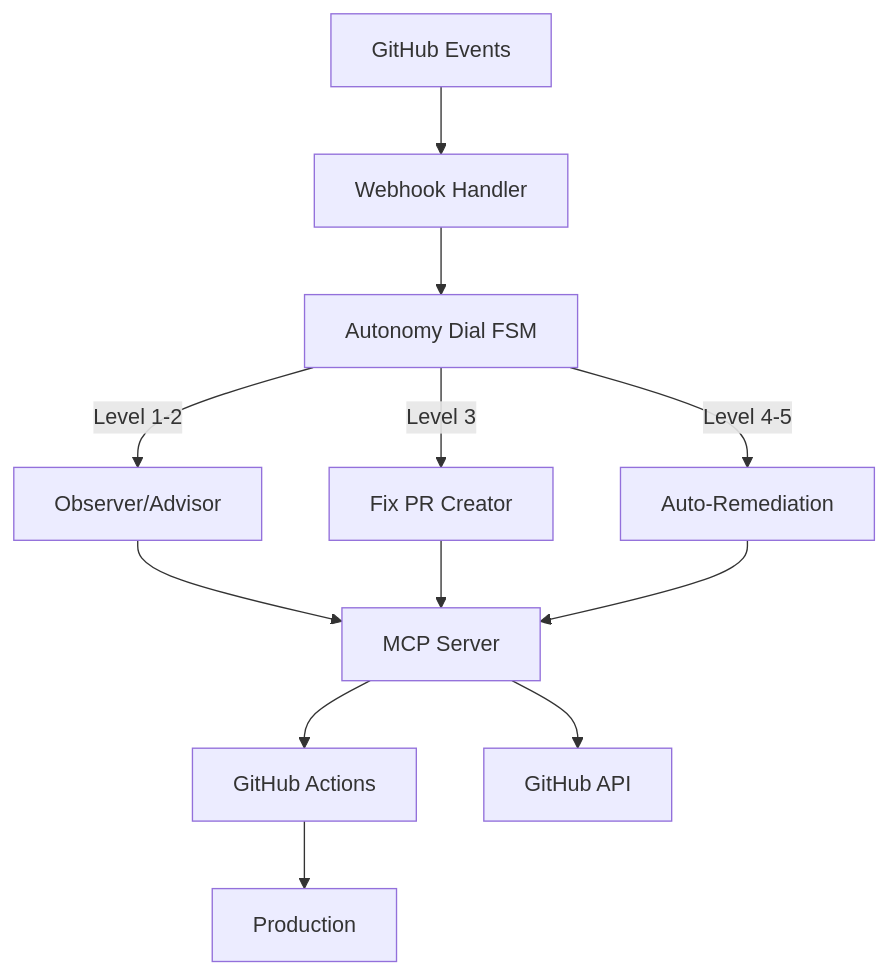
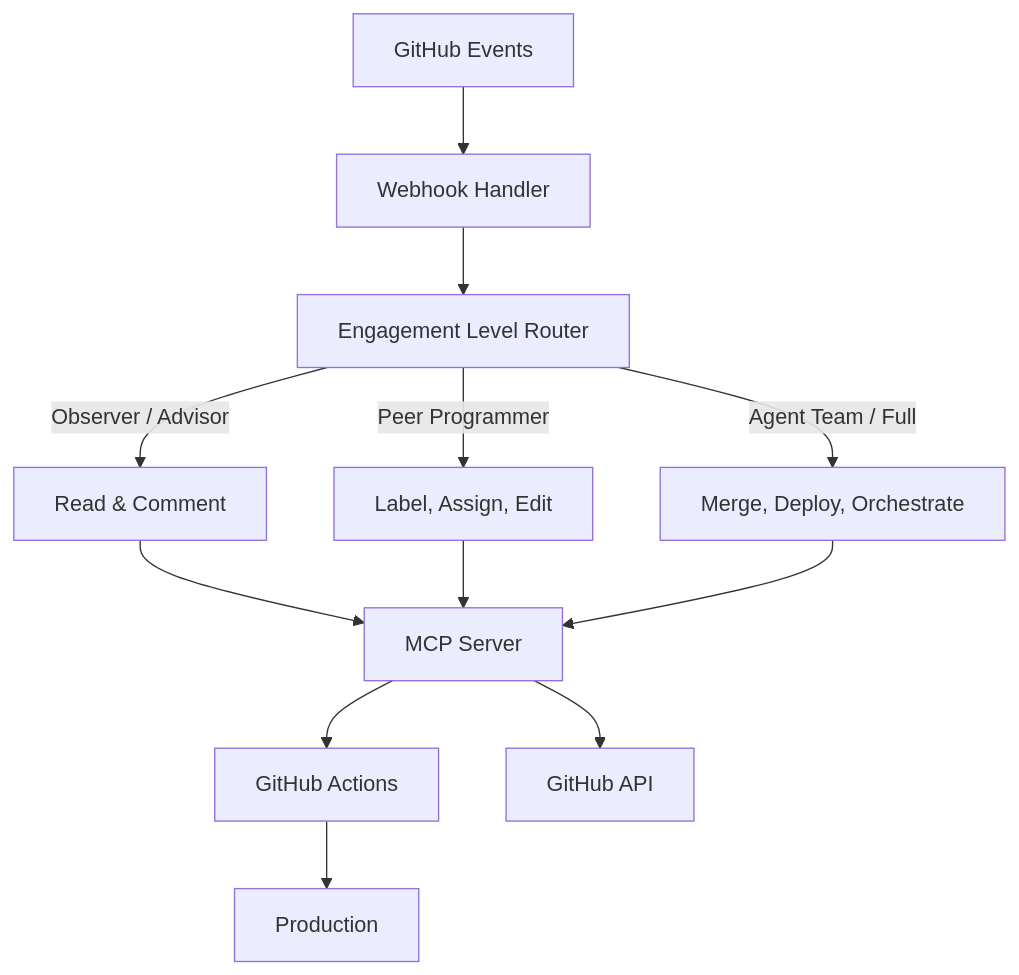
Before and after one commit to AgentCraftworks/AgentCraftworks_OpenSource: the diagram in README.md, drawn with Mermaid. The commit also changed other lines of this file and 7 other files, not shown here.

First line of the commit message:
docs: rename AgentCraftworks CE to Community Edition and align Agent Engagement Levels language

````diff
--- a/README.md
+++ b/README.md
@@ -61,14 +61,14 @@
 ```mermaid
 graph TD
     GH[GitHub Events] --> WH[Webhook Handler]
-    WH --> AD[Autonomy Dial FSM]
-    AD -->|Level 1-2| OBS[Observer/Advisor]
-    AD -->|Level 3| PR[Fix PR Creator]
-    AD -->|Level 4-5| AUTO[Auto-Remediation]
+    WH --> AD[Engagement Level Router]
+    AD -->|Observer / Advisor| OBS[Read & Comment]
+    AD -->|Peer Programmer| PR[Label, Assign, Edit]
+    AD -->|Agent Team / Full| AUTO[Merge, Deploy, Orchestrate]
     OBS --> MCP[MCP Server]
     PR --> MCP
     AUTO --> MCP
     MCP --> GHA[GitHub Actions]
     MCP --> API[GitHub API]
     GHA --> PROD[Production]
 ```
````
